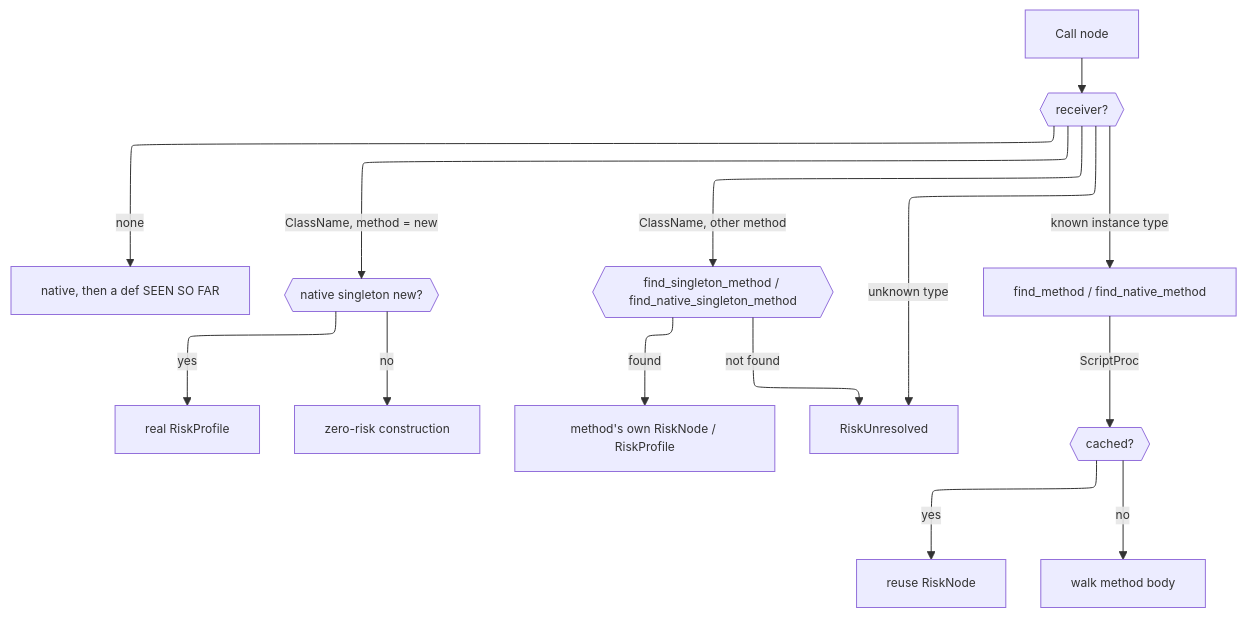
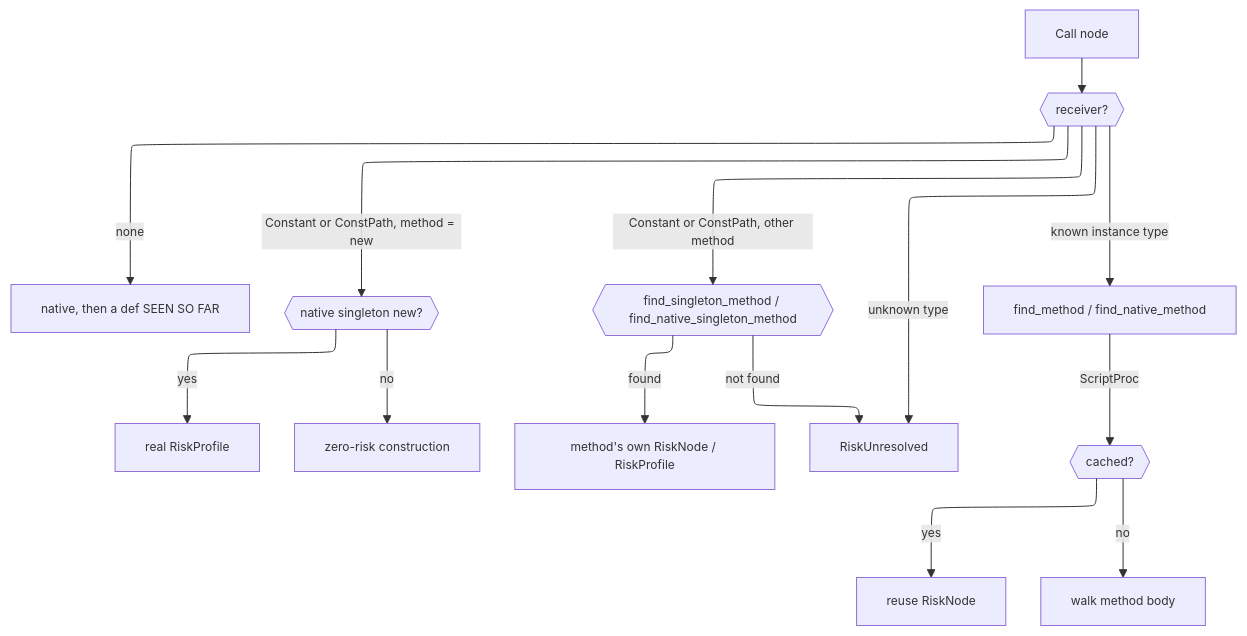
One commit to ModelArmy/adjutant.cr changed diagram 12 of 12 in DEVELOPMENT.md. Above: the diagram before and after it, drawn with Mermaid. The commit also changed other lines of this file and 8 other files, not shown here.

````diff
--- a/DEVELOPMENT.md
+++ b/DEVELOPMENT.md
@@ -491,23 +491,23 @@
 ```mermaid
 ---
 displayMode: compact
 config:
   layout: elk
   themeVariables:
     fontSize: 12px
 ---
 flowchart TD
     Call[Call node] --> Recv{{receiver?}}
     Recv -->|none| GlobalLookup["native, then a def SEEN SO FAR"]
-    Recv -->|ClassName, method = new| Ctor{{native singleton new?}}
+    Recv -->|Constant or ConstPath, method = new| Ctor{{native singleton new?}}
     Ctor -->|yes| CtorRisk[real RiskProfile]
     Ctor -->|no| CtorZero[zero-risk construction]
-    Recv -->|ClassName, other method| SingLookup{{find_singleton_method / find_native_singleton_method}}
+    Recv -->|Constant or ConstPath, other method| SingLookup{{find_singleton_method / find_native_singleton_method}}
     SingLookup -->|found| SingRisk[method's own RiskNode / RiskProfile]
     SingLookup -->|not found| Unresolved
     Recv -->|known instance type| ClassLookup["find_method / find_native_method"]
     Recv -->|unknown type| Unresolved[RiskUnresolved]
     ClassLookup -->|ScriptProc| Memo{{cached?}}
     Memo -->|yes| Cached[reuse RiskNode]
     Memo -->|no| WalkBody[walk method body]
 ```
````
